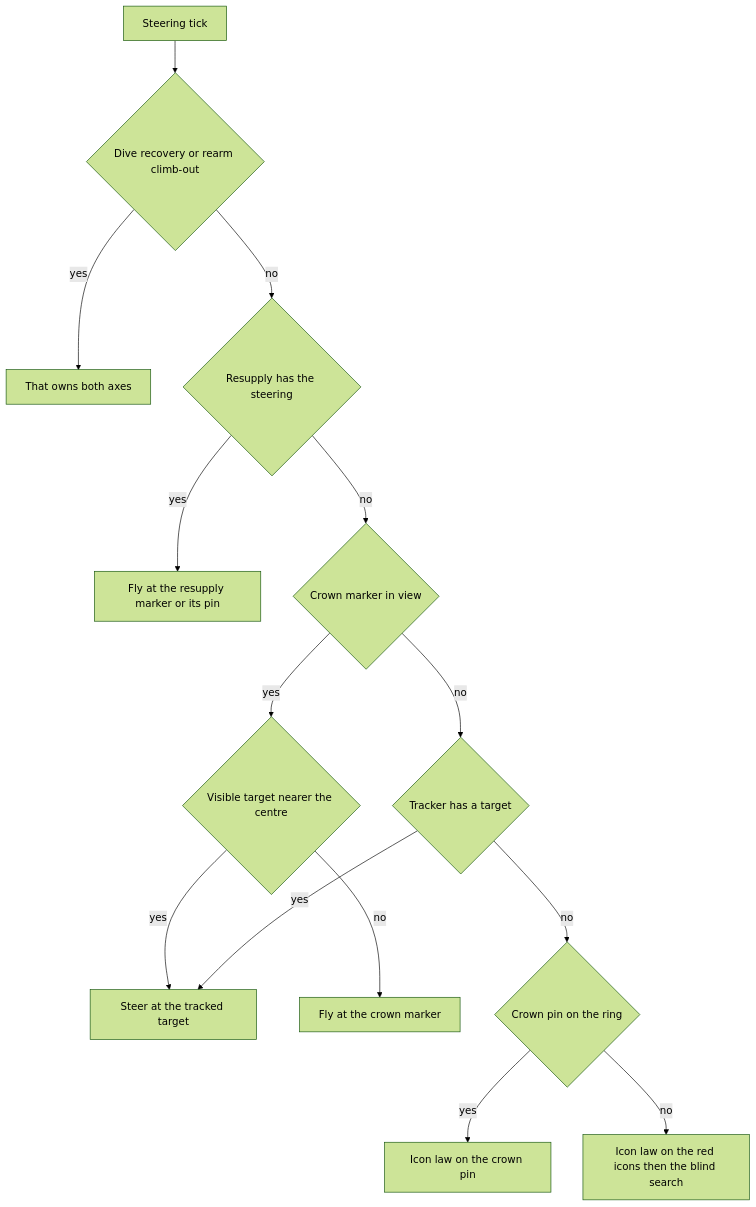
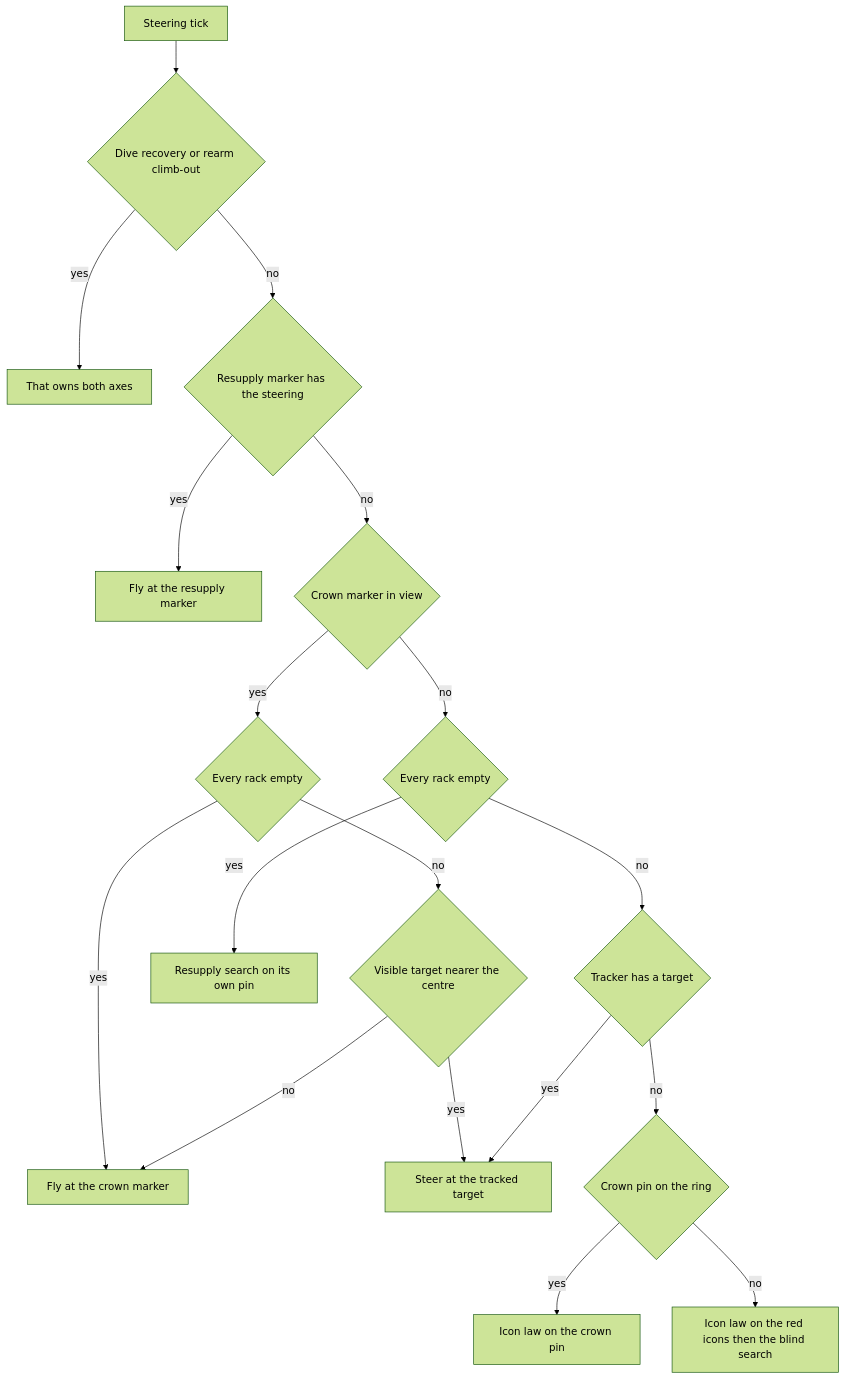
One commit to mhouse1/wingman changed the third of 3 diagrams in docs/hldd/015-target-tracking-pursuit-mode-hldd.md. Above: the diagram before and after it, drawn with Mermaid (forest theme). The commit also changed other lines of this file and 6 other files, not shown here.

````diff
--- a/docs/hldd/015-target-tracking-pursuit-mode-hldd.md
+++ b/docs/hldd/015-target-tracking-pursuit-mode-hldd.md
@@ -1609,16 +1609,20 @@
 ```mermaid
 flowchart TD
     A[Steering tick] --> B{Dive recovery or rearm climb-out}
     B -->|yes| R[That owns both axes]
-    B -->|no| C{Resupply has the steering}
-    C -->|yes| S[Fly at the resupply marker or its pin]
+    B -->|no| C{Resupply marker has the steering}
+    C -->|yes| S[Fly at the resupply marker]
     C -->|no| D{Crown marker in view}
-    D -->|yes| E{Visible target nearer the centre}
+    D -->|yes| K{Every rack empty}
+    K -->|yes| P[Fly at the crown marker]
+    K -->|no| E{Visible target nearer the centre}
     E -->|yes| T[Steer at the tracked target]
-    E -->|no| P[Fly at the crown marker]
-    D -->|no| F{Tracker has a target}
+    E -->|no| P
+    D -->|no| J{Every rack empty}
+    J -->|yes| Q[Resupply search on its own pin]
+    J -->|no| F{Tracker has a target}
     F -->|yes| T
     F -->|no| G{Crown pin on the ring}
     G -->|yes| H[Icon law on the crown pin]
     G -->|no| I[Icon law on the red icons then the blind search]
 ```
````
